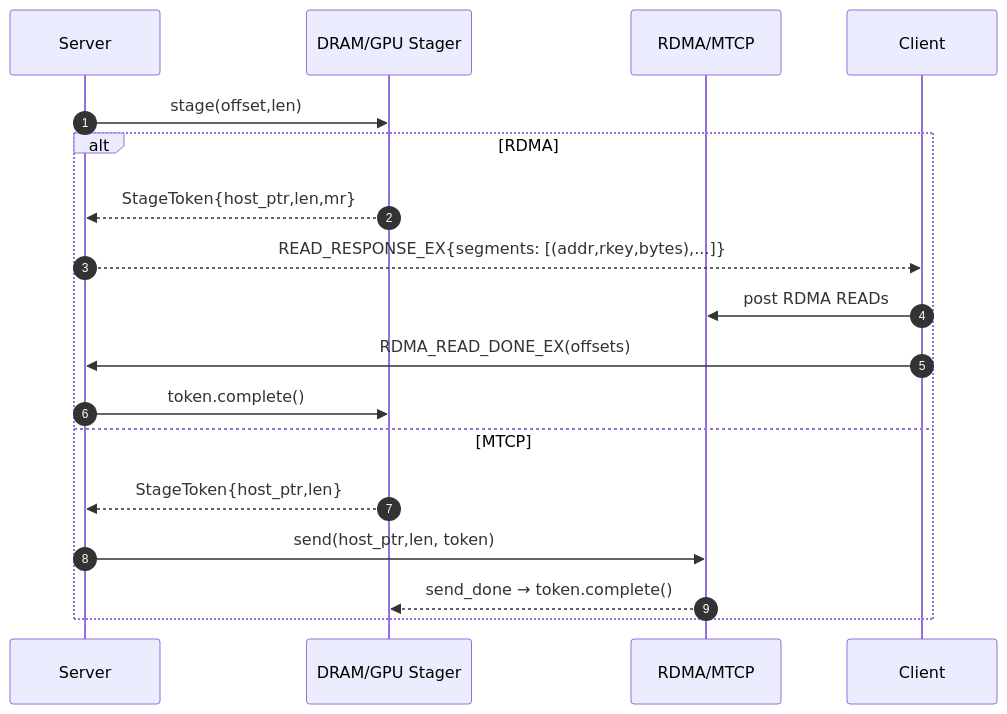
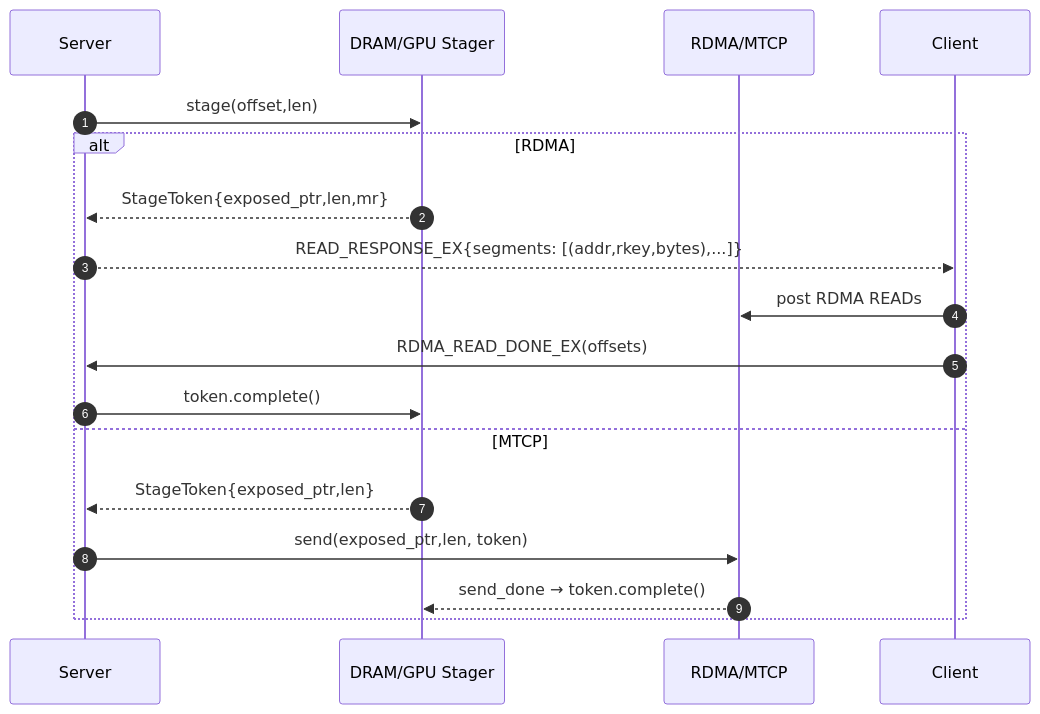
The second of 2 diagrams in docs/designs/0006-unified-memory-stager-and-staged-p2p.md (tensorcast-ai/tensorcast), drawn with Mermaid before and after one commit. The commit also changed other lines of this file and 41 other files, not shown here.

````diff
--- a/docs/designs/0006-unified-memory-stager-and-staged-p2p.md
+++ b/docs/designs/0006-unified-memory-stager-and-staged-p2p.md
@@ -169,21 +169,21 @@
 ```mermaid
 sequenceDiagram
   autonumber
   participant Sv as Server
   participant ST as DRAM/GPU Stager
   participant TX as RDMA/MTCP
   participant CL as Client
 
   Sv->>ST: stage(offset,len)
   alt RDMA
-    ST-->>Sv: StageToken{host_ptr,len,mr}
+    ST-->>Sv: StageToken{exposed_ptr,len,mr}
     Sv-->>CL: READ_RESPONSE_EX{segments: [(addr,rkey,bytes),...]}
     CL->>TX: post RDMA READs
     CL->>Sv: RDMA_READ_DONE_EX(offsets)
     Sv->>ST: token.complete()
   else MTCP
-    ST-->>Sv: StageToken{host_ptr,len}
-    Sv->>TX: send(host_ptr,len, token)
+    ST-->>Sv: StageToken{exposed_ptr,len}
+    Sv->>TX: send(exposed_ptr,len, token)
     TX-->>ST: send_done → token.complete()
   end
 ```
````
